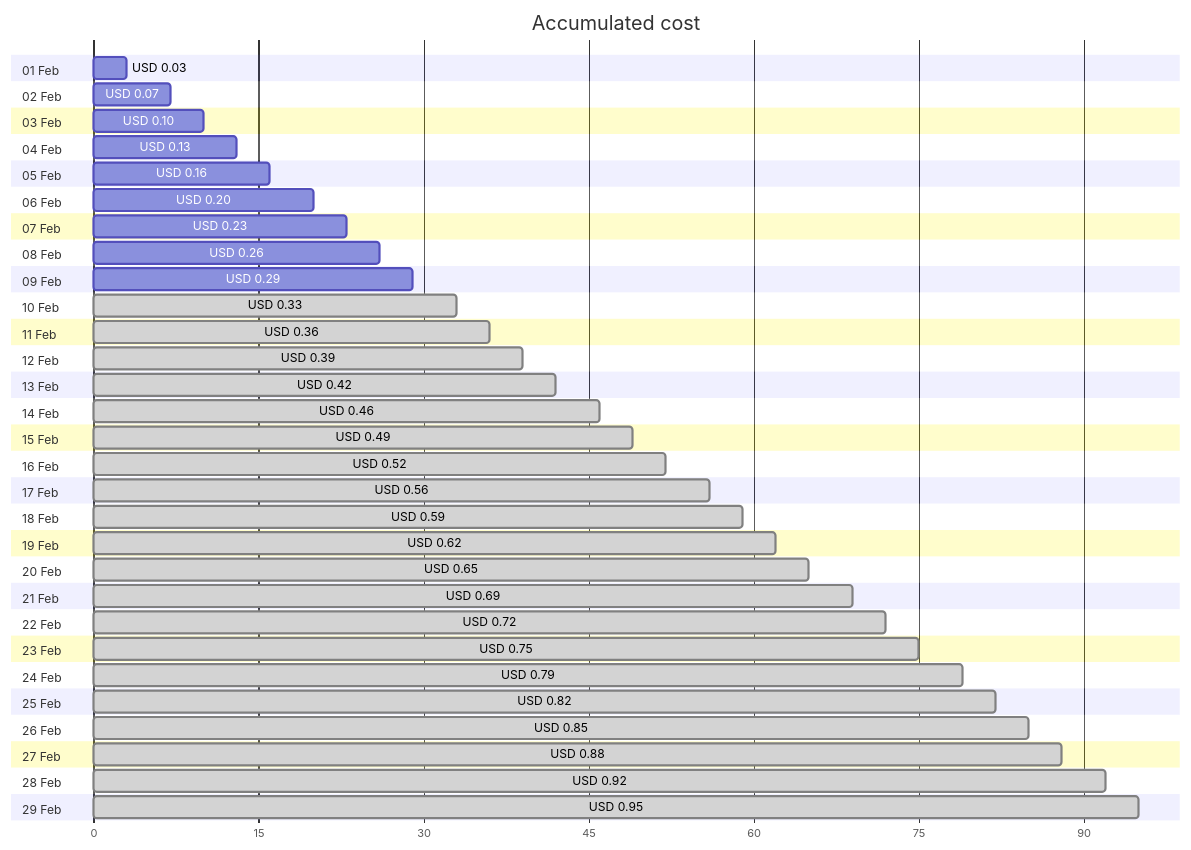
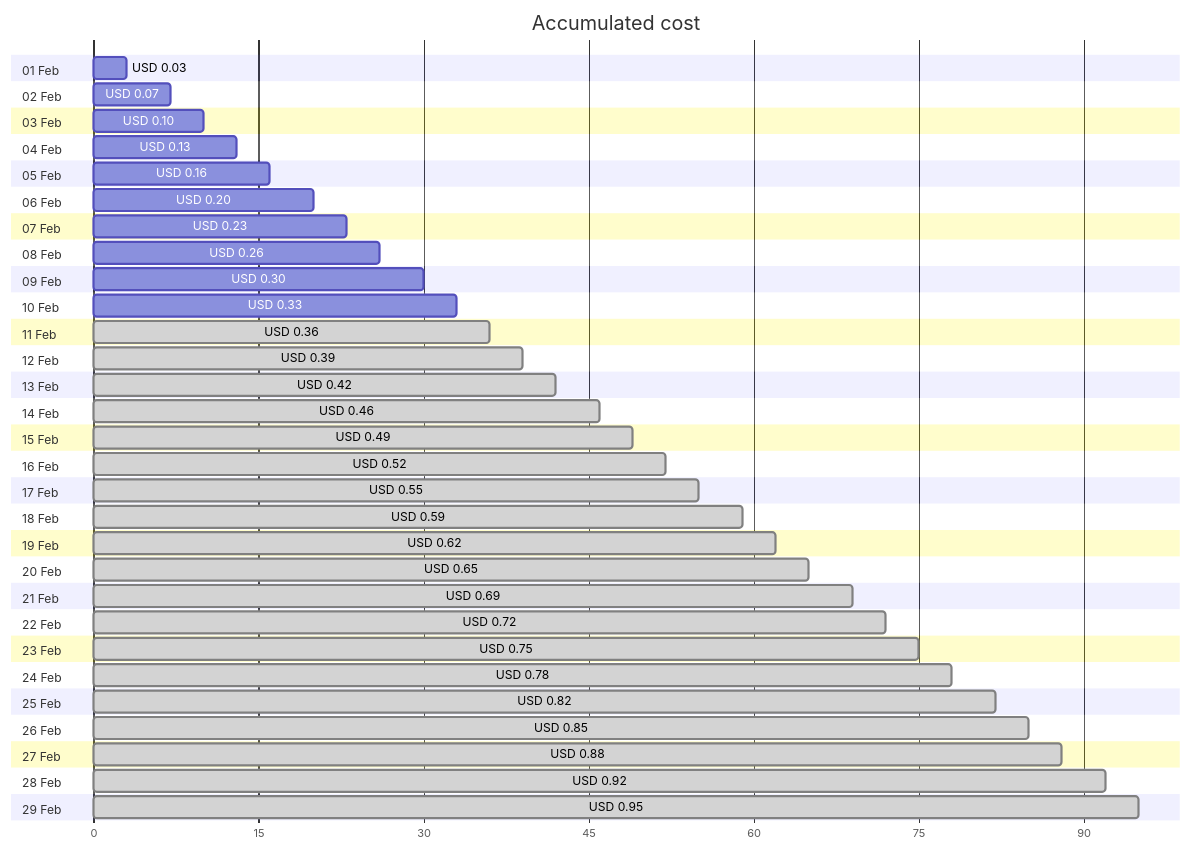
Before and after one commit to jpfulton/azure-personal-reports: the first of 4 diagrams in cost-reports/personal-dns/README.md, drawn with Mermaid. The commit also changed other lines of this file and 2 other files, not shown here.

````diff
--- a/cost-reports/personal-dns/README.md
+++ b/cost-reports/personal-dns/README.md
@@ -20,64 +20,64 @@
 ```mermaid
 gantt
    title Accumulated cost
    dateFormat  X
    axisFormat %s
    section 01 Feb
    USD 0.03 :0, 3
    section 02 Feb
    USD 0.07 :0, 7
    section 03 Feb
    USD 0.10 :0, 10
    section 04 Feb
    USD 0.13 :0, 13
    section 05 Feb
    USD 0.16 :0, 16
    section 06 Feb
    USD 0.20 :0, 20
    section 07 Feb
    USD 0.23 :0, 23
    section 08 Feb
    USD 0.26 :0, 26
    section 09 Feb
-   USD 0.29 :0, 29
+   USD 0.30 :0, 30
    section 10 Feb
-   USD 0.33 : done, 0, 33
+   USD 0.33 :0, 33
    section 11 Feb
    USD 0.36 : done, 0, 36
    section 12 Feb
    USD 0.39 : done, 0, 39
    section 13 Feb
    USD 0.42 : done, 0, 42
    section 14 Feb
    USD 0.46 : done, 0, 46
    section 15 Feb
    USD 0.49 : done, 0, 49
    section 16 Feb
    USD 0.52 : done, 0, 52
    section 17 Feb
-   USD 0.56 : done, 0, 56
+   USD 0.55 : done, 0, 55
    section 18 Feb
    USD 0.59 : done, 0, 59
    section 19 Feb
    USD 0.62 : done, 0, 62
    section 20 Feb
    USD 0.65 : done, 0, 65
    section 21 Feb
    USD 0.69 : done, 0, 69
    section 22 Feb
    USD 0.72 : done, 0, 72
    section 23 Feb
    USD 0.75 : done, 0, 75
    section 24 Feb
-   USD 0.79 : done, 0, 79
+   USD 0.78 : done, 0, 78
    section 25 Feb
    USD 0.82 : done, 0, 82
    section 26 Feb
    USD 0.85 : done, 0, 85
    section 27 Feb
    USD 0.88 : done, 0, 88
    section 28 Feb
    USD 0.92 : done, 0, 92
    section 29 Feb
    USD 0.95 : done, 0, 95
 ```
````
